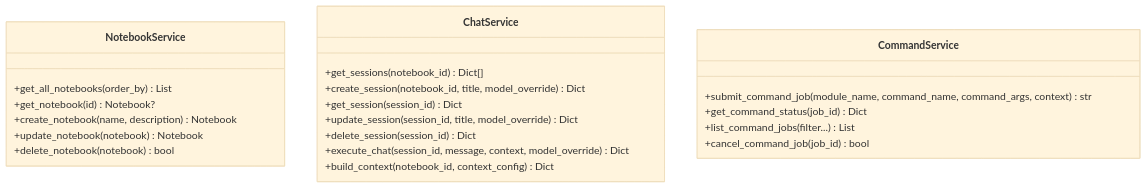
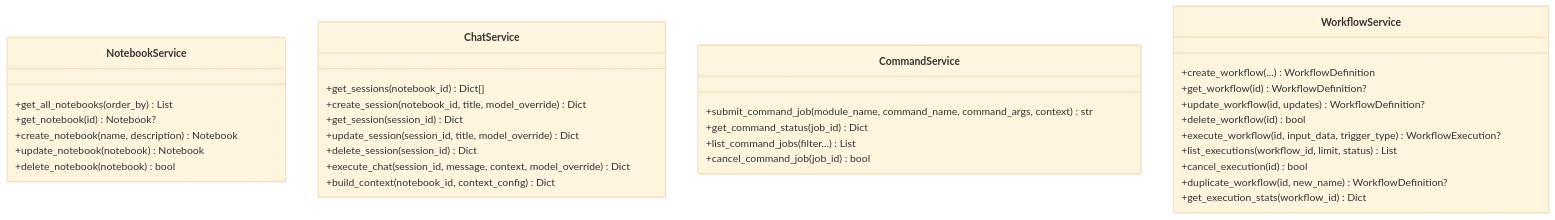
The fifth of 9 diagrams in .qoder/repowiki/zh/content/后端架构/后端架构.md (jackeyunjie/open-notebook), drawn with Mermaid (base theme) before and after one commit. The commit also changed other lines of this file and 24 other files, not shown here.

````diff
--- a/.qoder/repowiki/zh/content/后端架构/后端架构.md
+++ b/.qoder/repowiki/zh/content/后端架构/后端架构.md
@@ -242,25 +299,36 @@
 ```mermaid
 classDiagram
 class NotebookService {
 +get_all_notebooks(order_by) List
 +get_notebook(id) Notebook?
 +create_notebook(name, description) Notebook
 +update_notebook(notebook) Notebook
 +delete_notebook(notebook) bool
 }
 class ChatService {
 +get_sessions(notebook_id) Dict[]
 +create_session(notebook_id, title, model_override) Dict
 +get_session(session_id) Dict
 +update_session(session_id, title, model_override) Dict
 +delete_session(session_id) Dict
 +execute_chat(session_id, message, context, model_override) Dict
 +build_context(notebook_id, context_config) Dict
 }
 class CommandService {
 +submit_command_job(module_name, command_name, command_args, context) str
 +get_command_status(job_id) Dict
 +list_command_jobs(filter...) List
 +cancel_command_job(job_id) bool
 }
+class WorkflowService {
++create_workflow(...) WorkflowDefinition
++get_workflow(id) WorkflowDefinition?
++update_workflow(id, updates) WorkflowDefinition?
++delete_workflow(id) bool
++execute_workflow(id, input_data, trigger_type) WorkflowExecution?
++list_executions(workflow_id, limit, status) List
++cancel_execution(id) bool
++duplicate_workflow(id, new_name) WorkflowDefinition?
++get_execution_stats(workflow_id) Dict
+}
 ```
````
